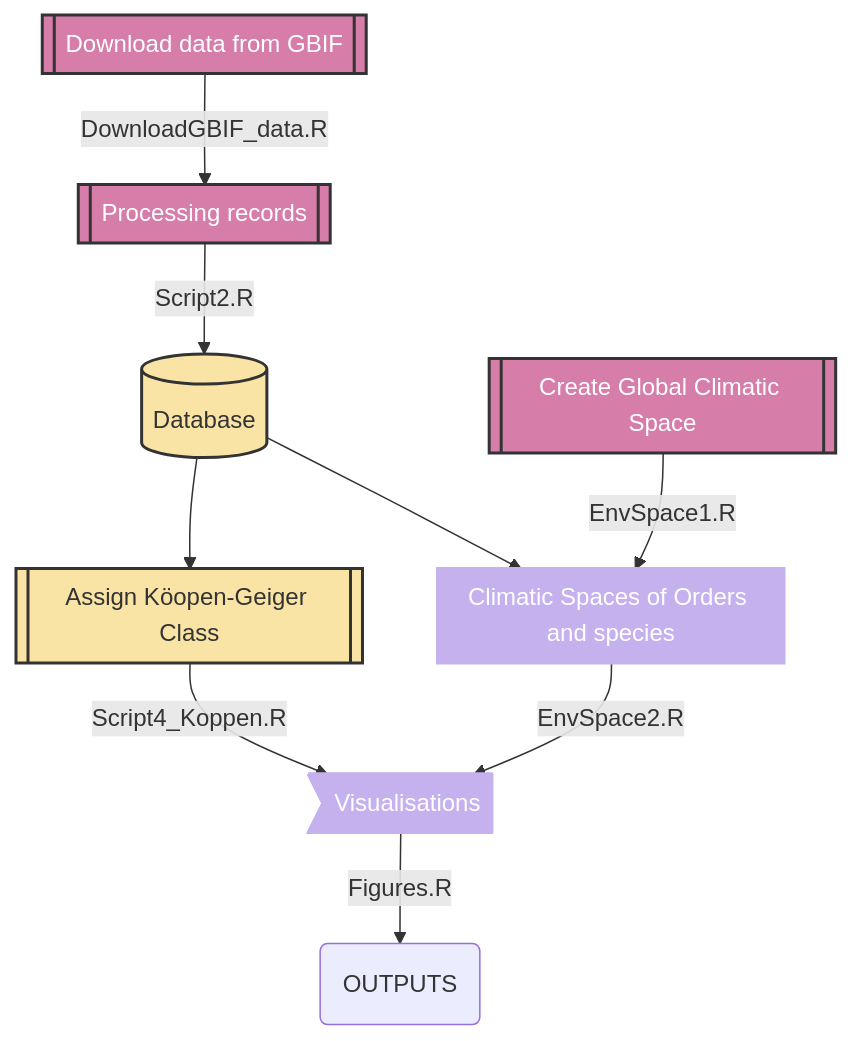
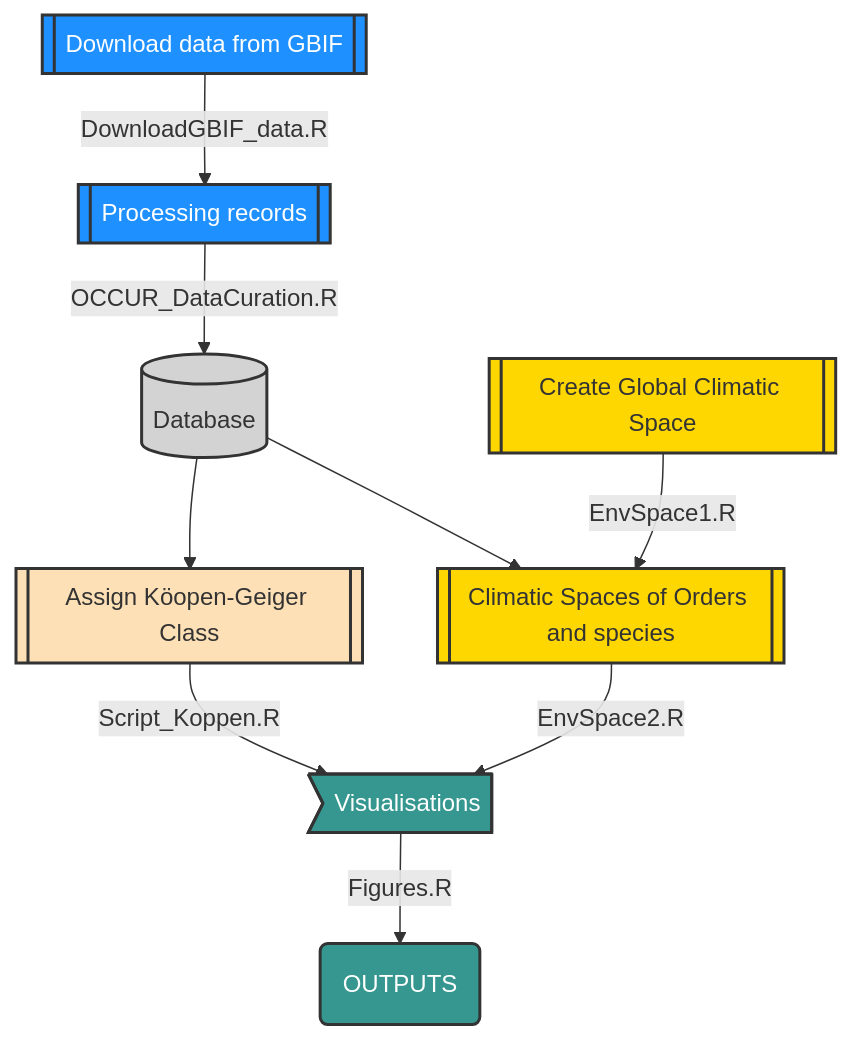
Before and after one commit to cRonFer/ClimaticSpace: the diagram in README.md, drawn with Mermaid. The commit also changed other lines of this file, not shown here.

````diff
--- a/README.md
+++ b/README.md
@@ -7,19 +7,20 @@
 ```mermaid
 flowchart TD
     A[[Download data from GBIF]] --> |DownloadGBIF_data.R|BB[[Processing records]]
-    BB --> |Script2.R|C[(Database)]
+    BB --> |OCCUR_DataCuration.R|C[(Database)]
     AA[[Create Global Climatic Space]] --> |EnvSpace1.R|CC{Climatic Spaces of Orders}
     C --> CC[[Climatic Spaces of Orders and species]]
     C --> D[[Assign Köopen-Geiger Class]]
-    D --> |Script4_Koppen.R| E(Visualisations)
+    D --> |Script_Koppen.R| E(Visualisations)
     CC --> |EnvSpace2.R|E>Visualisations]
     E --> |Figures.R|F(OUTPUTS)
 
-style A fill:#d67da9, stroke:#333,stroke-width:2px,color:#fff;
-  style BB fill:#d67da9, stroke:#333,stroke-width:2px,color:#fff;
-  style AA fill:#d67da9, stroke:#333,stroke-width:2px,color:#fff;
-  style C fill:#f9e4a6, stroke:#333,stroke-width:2px,color:#333;
-  style D fill:#f9e4a6, stroke:#333,stroke-width:2px,color:#333;
-  style CC fill:#c4b1ee, stroke:#c4b1ee,stroke-width:2px,color:#fff;
-  style E fill:#c4b1ee, stroke:#c4b1ee,stroke-width:2px,color:#fff;
+  style A fill:dodgerblue, stroke:#333,stroke-width:2px,color:#fff;
+  style AA fill:gold, stroke:#333,stroke-width:2px,color:#333;
+  style BB fill:dodgerblue, stroke:#333,stroke-width:2px,color:#fff;
+  style CC fill:gold, stroke:#333,stroke-width:2px,color:#333;
+  style C fill:lightgrey, stroke:#333,stroke-width:2px,color:#333;
+  style D fill:#fee0b6, stroke:#333,stroke-width:2px,color:#333;
+  style E fill:#35978f, stroke:#333,stroke-width:2px,color:#fff;
+  style F fill:#35978f, stroke:#333,stroke-width:2px,color:#fff;
 ```
````
